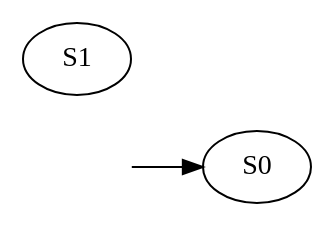
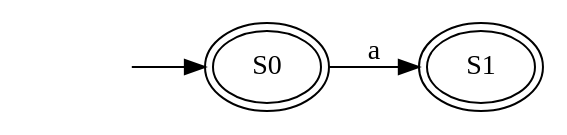
Before and after one commit to JuanDiegoAvila/Laboratorio_Compiladores: the diagram in test-output/round-table.gv, drawn with Graphviz. The commit also changed 6 other files, not shown here.

```diff
--- a/test-output/round-table.gv
+++ b/test-output/round-table.gv
@@ -1,7 +1,9 @@
 digraph {
 	graph [rankdir=LR]
 	inicio [label="" shape=none]
 	S0
 	inicio -> S0
-	S1
+	S0 [peripheries=2]
+	S0 -> S1 [label=a]
+	S1 [peripheries=2]
 }
```
